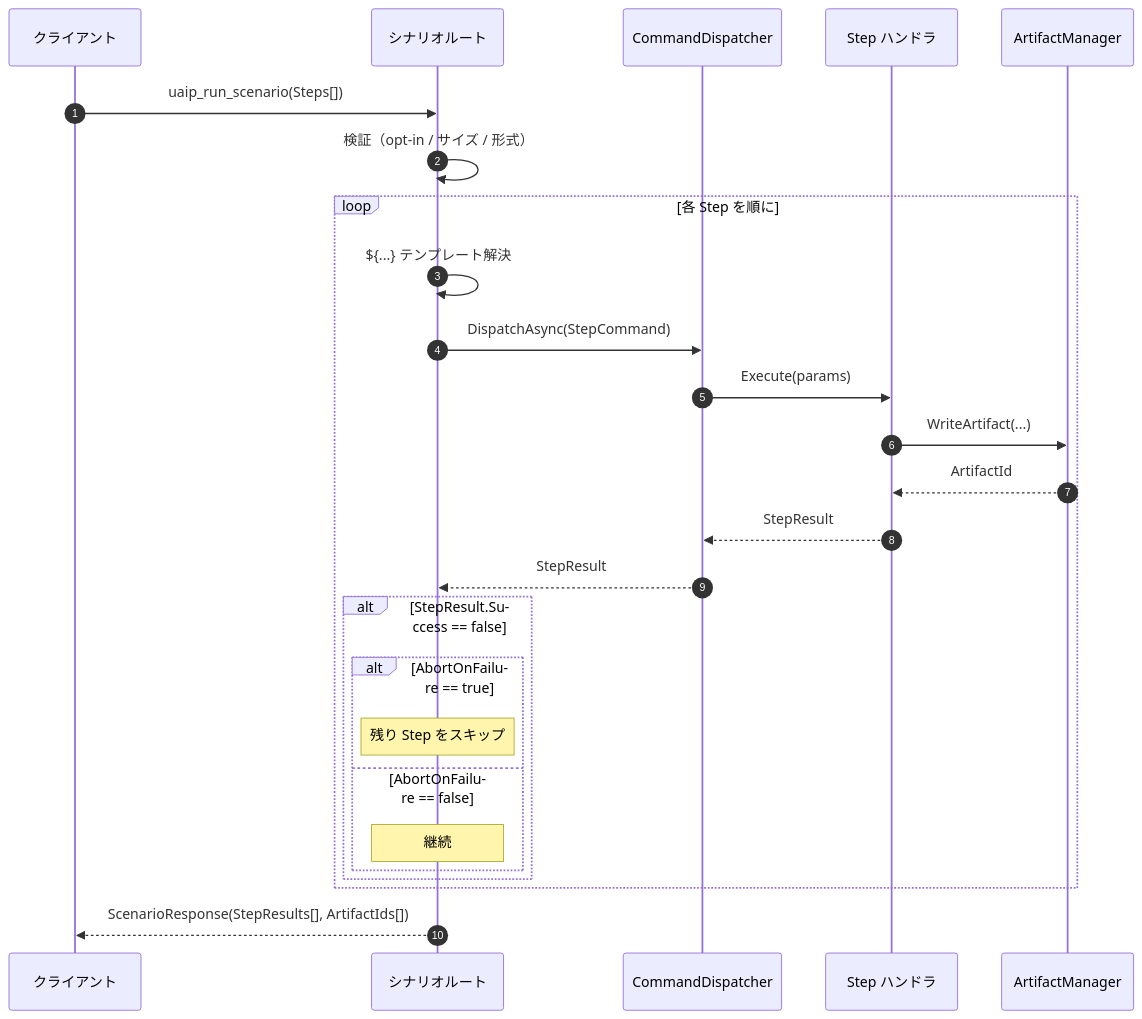
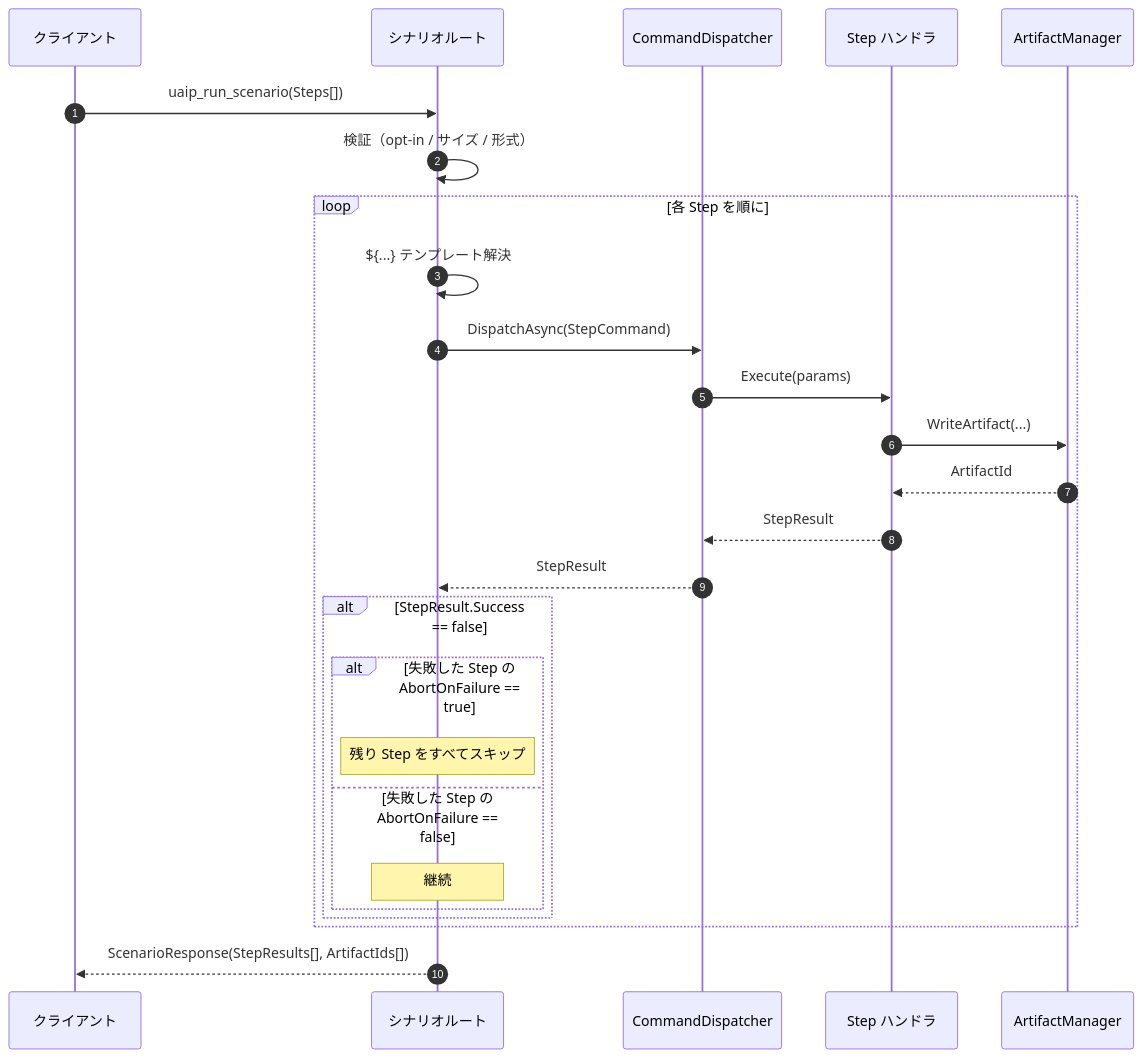
Before and after one commit to Naotsun19B/UnrealAIIntegrationPlatform-Document: the first of 2 diagrams in docs/ja/scenario.md, drawn with Mermaid. The commit also changed other lines of this file and 5 other files, not shown here.

First line of the commit message:
docs: correct which step's AbortOnFailure ends a scenario

````diff
--- a/docs/ja/scenario.md
+++ b/docs/ja/scenario.md
@@ -37,31 +37,31 @@
 ```mermaid
 sequenceDiagram
     autonumber
     participant Cli as クライアント
     participant Sc as シナリオルート
     participant Di as CommandDispatcher
     participant Hd as Step ハンドラ
     participant Ar as ArtifactManager
 
     Cli->>Sc: uaip_run_scenario(Steps[])
     Sc->>Sc: 検証（opt-in / サイズ / 形式）
 
     loop 各 Step を順に
         Sc->>Sc: ${...} テンプレート解決
         Sc->>Di: DispatchAsync(StepCommand)
         Di->>Hd: Execute(params)
         Hd->>Ar: WriteArtifact(...)
         Ar-->>Hd: ArtifactId
         Hd-->>Di: StepResult
         Di-->>Sc: StepResult
         alt StepResult.Success == false
-            alt AbortOnFailure == true
-                Note over Sc: 残り Step をスキップ
-            else AbortOnFailure == false
+            alt 失敗した Step の AbortOnFailure == true
+                Note over Sc: 残り Step をすべてスキップ
+            else 失敗した Step の AbortOnFailure == false
                 Note over Sc: 継続
             end
         end
     end
 
     Sc-->>Cli: ScenarioResponse(StepResults[], ArtifactIds[])
 ```
````
